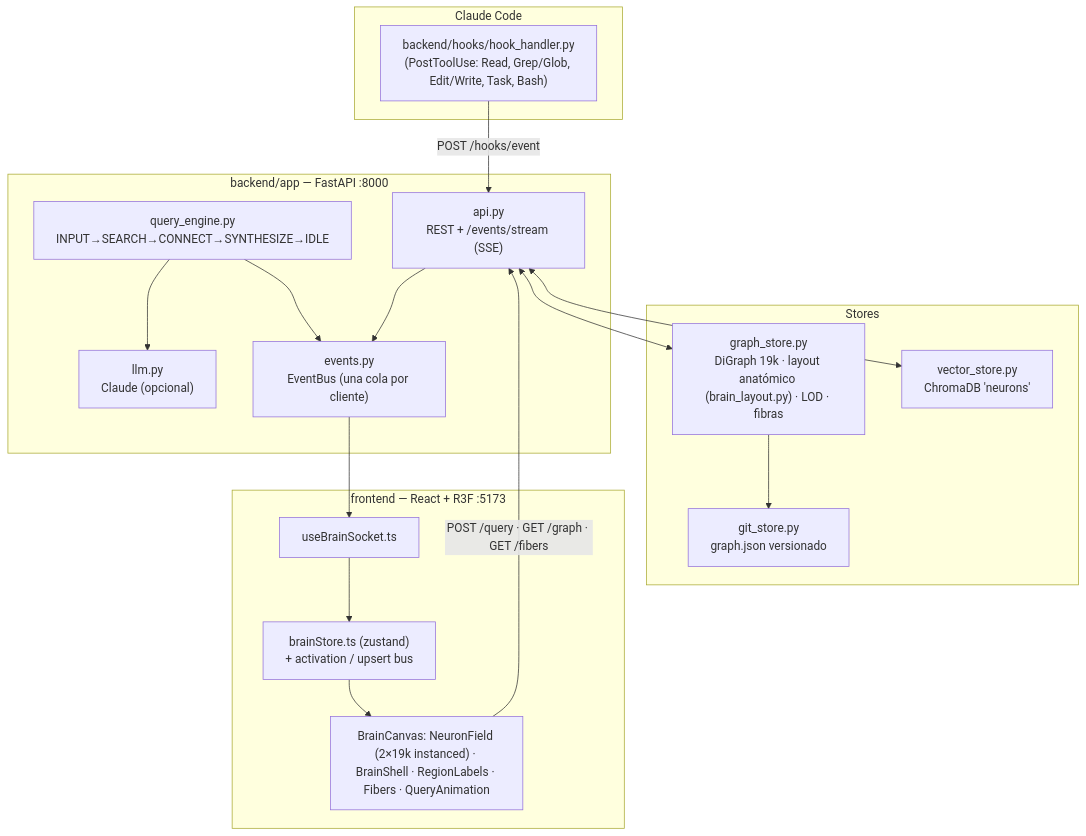
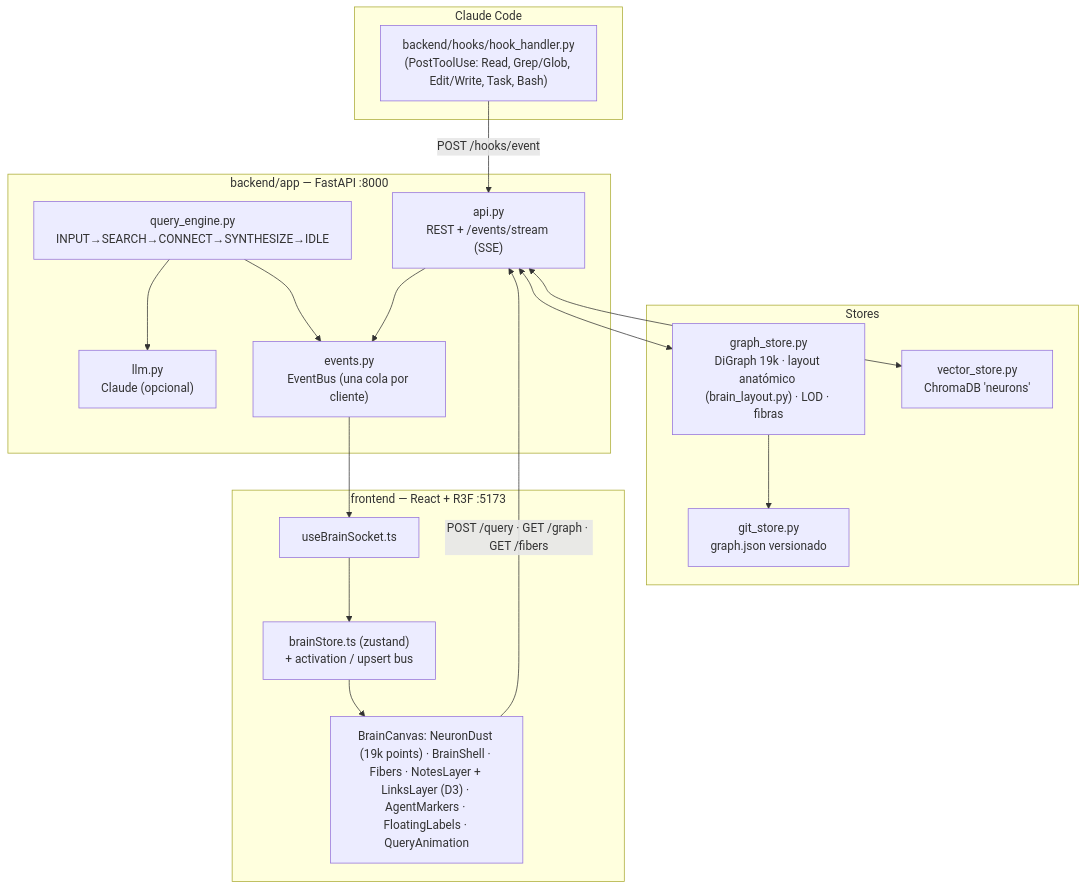
The diagram in docs/ARCHITECTURE.md (adrianlunamx/NEURAL-BRAIN), drawn with Mermaid before and after one commit. The commit also changed other lines of this file and 7 other files, not shown here.

````diff
--- a/docs/ARCHITECTURE.md
+++ b/docs/ARCHITECTURE.md
@@ -6,28 +6,28 @@
 ```mermaid
 flowchart TB
     subgraph CC["Claude Code"]
         HOOKS["backend/hooks/hook_handler.py\n(PostToolUse: Read, Grep/Glob, Edit/Write, Task, Bash)"]
     end
     subgraph BE["backend/app — FastAPI :8000"]
         API["api.py\nREST + /events/stream (SSE)"]
         QE["query_engine.py\nINPUT→SEARCH→CONNECT→SYNTHESIZE→IDLE"]
         LLM["llm.py\nClaude (opcional)"]
         BUS["events.py\nEventBus (una cola por cliente)"]
     end
     subgraph ST["Stores"]
         GS["graph_store.py\nDiGraph 19k · layout anatómico (brain_layout.py) · LOD · fibras"]
         VS["vector_store.py\nChromaDB 'neurons'"]
         GIT["git_store.py\ngraph.json versionado"]
     end
     subgraph FE["frontend — React + R3F :5173"]
         SOCK["useBrainSocket.ts"] --> STORE["brainStore.ts (zustand)\n+ activation / upsert bus"]
-        STORE --> CANVAS["BrainCanvas: NeuronField (2×19k instanced) · BrainShell · RegionLabels · Fibers · QueryAnimation"]
+        STORE --> CANVAS["BrainCanvas: NeuronDust (19k points) · BrainShell · Fibers · NotesLayer + LinksLayer (D3) · AgentMarkers · FloatingLabels · QueryAnimation"]
     end
     HOOKS -->|POST /hooks/event| API
     API <--> GS & VS
     QE --> LLM
     QE --> BUS
     API --> BUS --> SOCK
     GS --> GIT
     CANVAS -->|POST /query · GET /graph · GET /fibers| API
 ```
````
